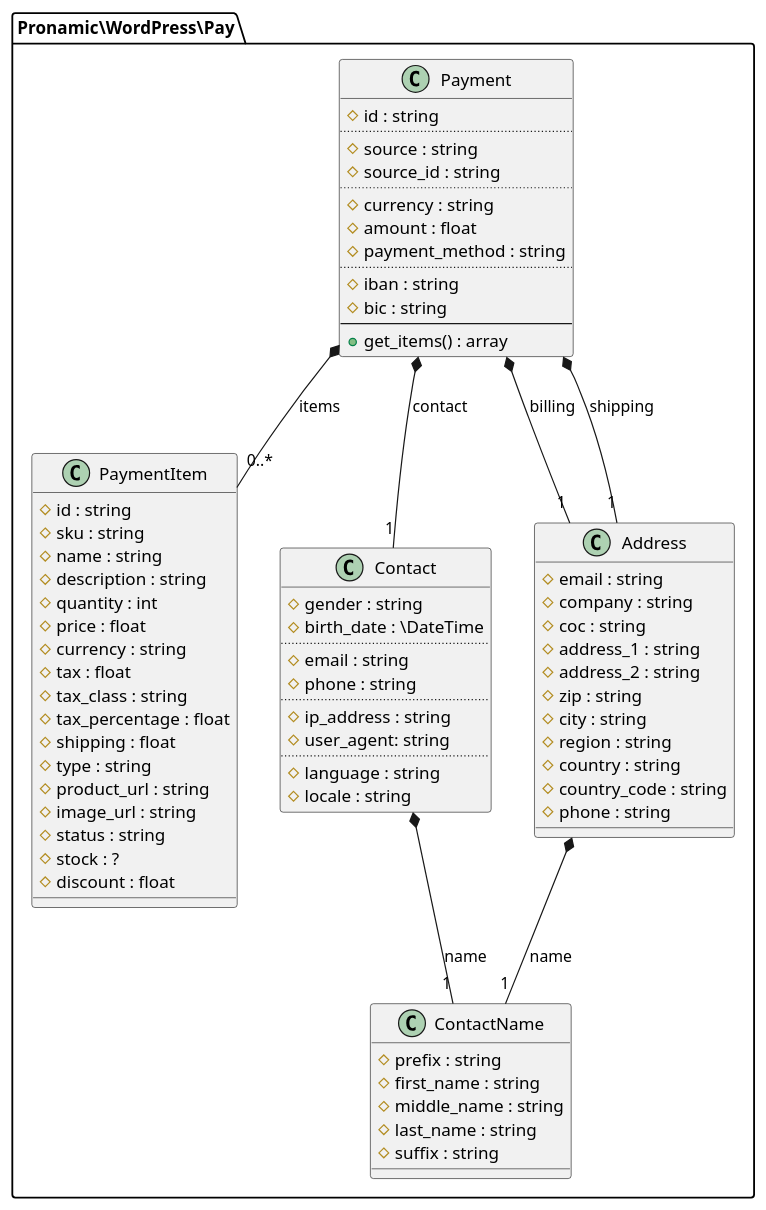
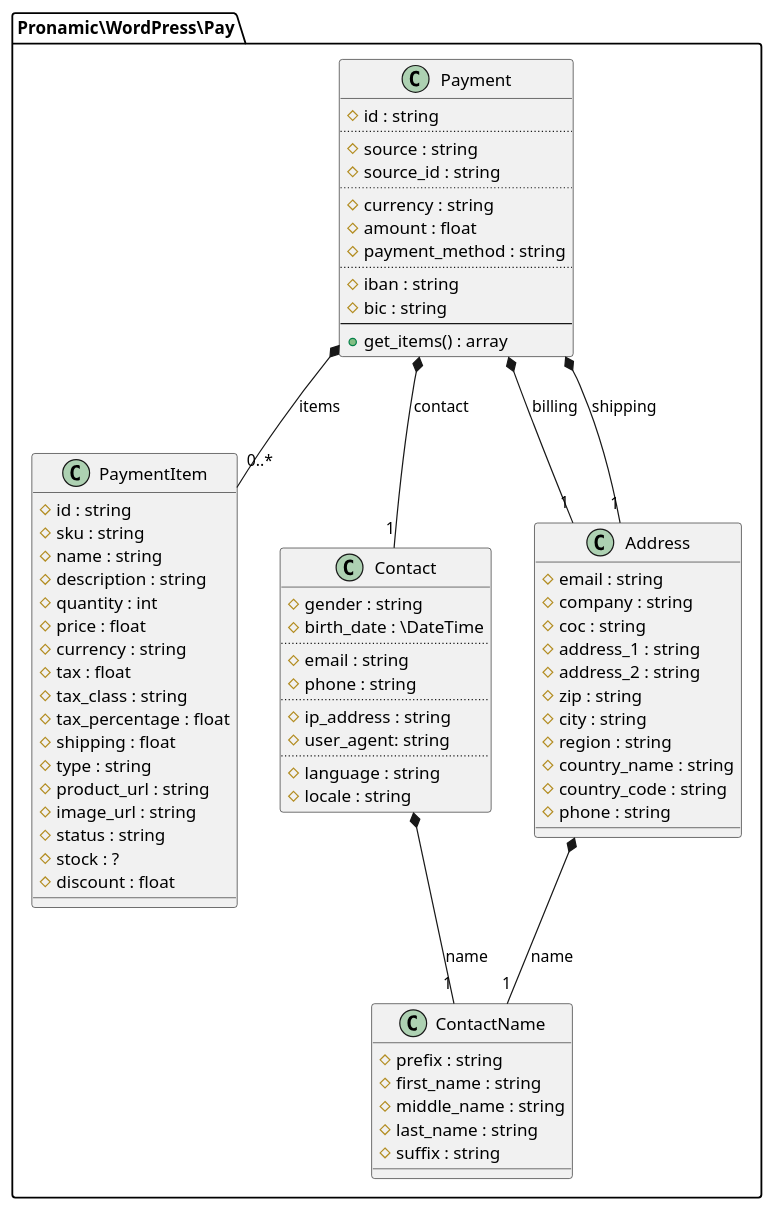
One commit to 8KCool/WordPress-Plugin-iDEAL-Bancontact- changed the diagram in documentation/afterpay.plantuml. Above: the diagram before and after it, drawn with PlantUML.

Commit message:
Complete rename in Address from `country` to `country_name`.

```diff
--- a/documentation/afterpay.plantuml
+++ b/documentation/afterpay.plantuml
@@ -1,86 +1,86 @@
 @startuml
 
 namespace Pronamic\WordPress\Pay {
 	class Payment {
 		#id : string
 		..
 		#source : string
 		#source_id : string
 		..
 		#currency : string
 		#amount : float
 		#payment_method : string
 		..
 		#iban : string
 		#bic : string
 		--
 		+get_items() : array
 	}
 
 	class PaymentItem {
 		#id : string
 		#sku : string
 		#name : string
 		#description : string
 		#quantity : int
 		#price : float
 		#currency : string
 		#tax : float
 		#tax_class : string
 		#tax_percentage : float
 		#shipping : float
 		#type : string
 		#product_url : string
 		#image_url : string
 		#status : string
 		#stock : ?
 		#discount : float
 	}
 
 	class Contact {
 		#gender : string
 		#birth_date : \DateTime
 		..
 		#email : string
 		#phone : string
 		..
 		#ip_address : string
 		#user_agent: string
 		..
 		#language : string
 		#locale : string
 	}
 
 	Contact *-- "1" ContactName : name
 
 	class ContactName {
 		#prefix : string
 		#first_name : string
 		#middle_name : string
 		#last_name : string
 		#suffix : string
 	}
 
 	class Address {
 		#email : string
 		#company : string
 		#coc : string
 		#address_1 : string
 		#address_2 : string
 		#zip : string
 		#city : string
 		#region : string
-		#country : string
+		#country_name : string
 		#country_code : string
 		#phone : string
 	}
 
 	Address *-- "1" ContactName : name
 
 	Payment *-- "1" Contact : contact
 	Payment *-- "1" Address : billing
 	Payment *-- "1" Address : shipping
 	Payment *-- "0..*" PaymentItem : items
 }
 
 @enduml
```
